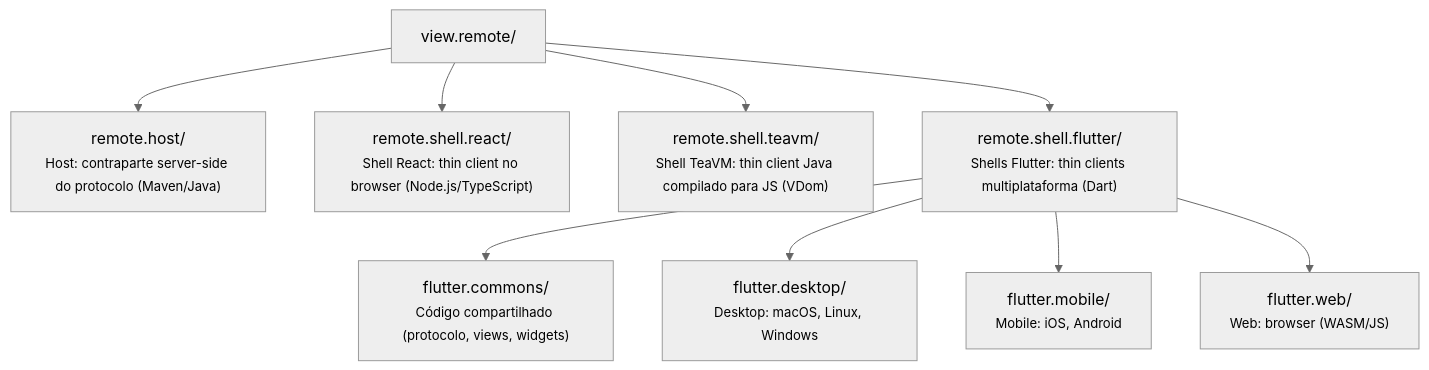
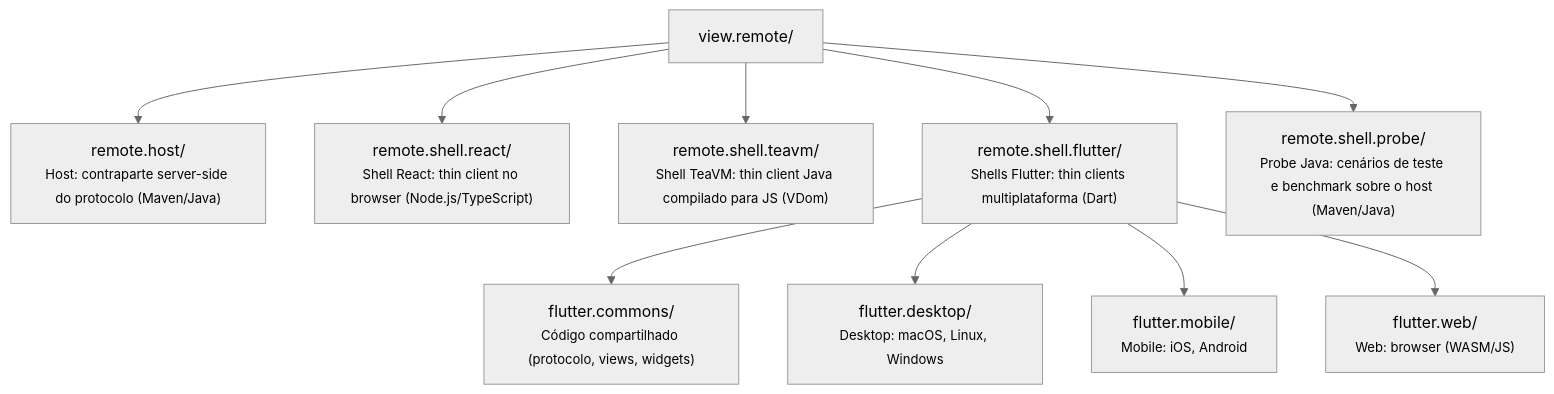
One commit to mrcdom/wdc-cube-java-v2 changed the second of 3 diagrams in fontes/br.com.wdc.shopping/br.com.wdc.shopping.view.remote/README.md. Above: the diagram before and after it, drawn with Mermaid (neutral theme). The commit also changed other lines of this file and 1 other file, not shown here.

Commit message:
docs: README view.remote atualizado — remote.shell.probe + remote.shell.flutter; remove remote.shell.java

````diff
--- a/fontes/br.com.wdc.shopping/br.com.wdc.shopping.view.remote/README.md
+++ b/fontes/br.com.wdc.shopping/br.com.wdc.shopping.view.remote/README.md
@@ -65,21 +65,23 @@
 ```mermaid
 graph TD
     root["view.remote/"]
     host["remote.host/<br/><small>Host: contraparte server-side do protocolo (Maven/Java)</small>"]
     react["remote.shell.react/<br/><small>Shell React: thin client no browser (Node.js/TypeScript)</small>"]
     teavm["remote.shell.teavm/<br/><small>Shell TeaVM: thin client Java compilado para JS (VDom)</small>"]
     flutter["remote.shell.flutter/<br/><small>Shells Flutter: thin clients multiplataforma (Dart)</small>"]
     commons["flutter.commons/<br/><small>Código compartilhado (protocolo, views, widgets)</small>"]
     desktop["flutter.desktop/<br/><small>Desktop: macOS, Linux, Windows</small>"]
     mobile["flutter.mobile/<br/><small>Mobile: iOS, Android</small>"]
     web["flutter.web/<br/><small>Web: browser (WASM/JS)</small>"]
+    probe["remote.shell.probe/<br/><small>Probe Java: cenários de teste e benchmark sobre o host (Maven/Java)</small>"]
 
     root --> host
     root --> react
     root --> teavm
     root --> flutter
+    root --> probe
     flutter --> commons
     flutter --> desktop
     flutter --> mobile
     flutter --> web
 ```
````
